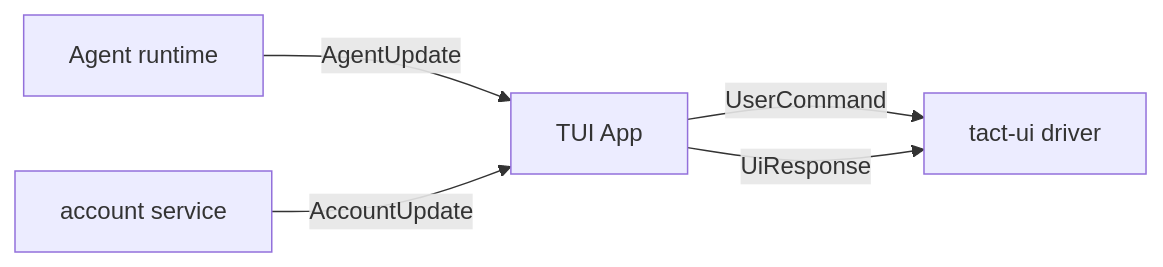
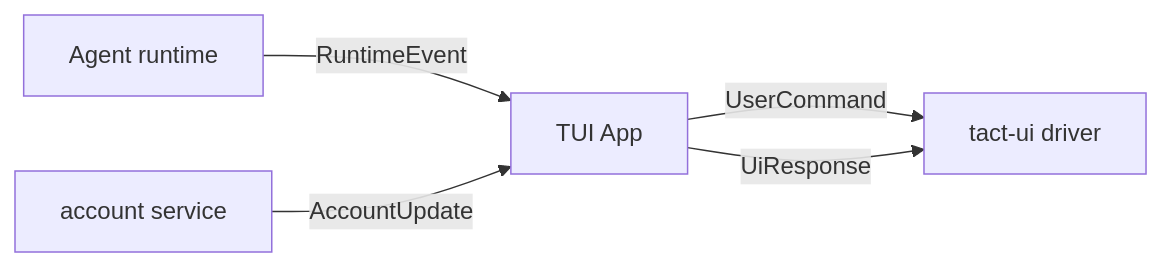
Before and after one commit to rust-infra/tact: the first of 9 diagrams in book/25_chapter_protocol_zh.md, drawn with Mermaid. The commit also changed other lines of this file and 17 other files, not shown here.

First line of the commit message:
docs(book): the agent→TUI enum is RuntimeEvent, not AgentUpdate

````diff
--- a/book/25_chapter_protocol_zh.md
+++ b/book/25_chapter_protocol_zh.md
@@ -13,7 +13,7 @@
 ```mermaid
 graph LR
-    Agent[Agent runtime] -->|AgentUpdate| TUI[TUI App]
+    Agent[Agent runtime] -->|RuntimeEvent| TUI[TUI App]
     TUI -->|UserCommand| Driver[tact-ui driver]
     TUI -->|UiResponse| Driver
     Account[account service] -->|AccountUpdate| TUI
 ```
````
